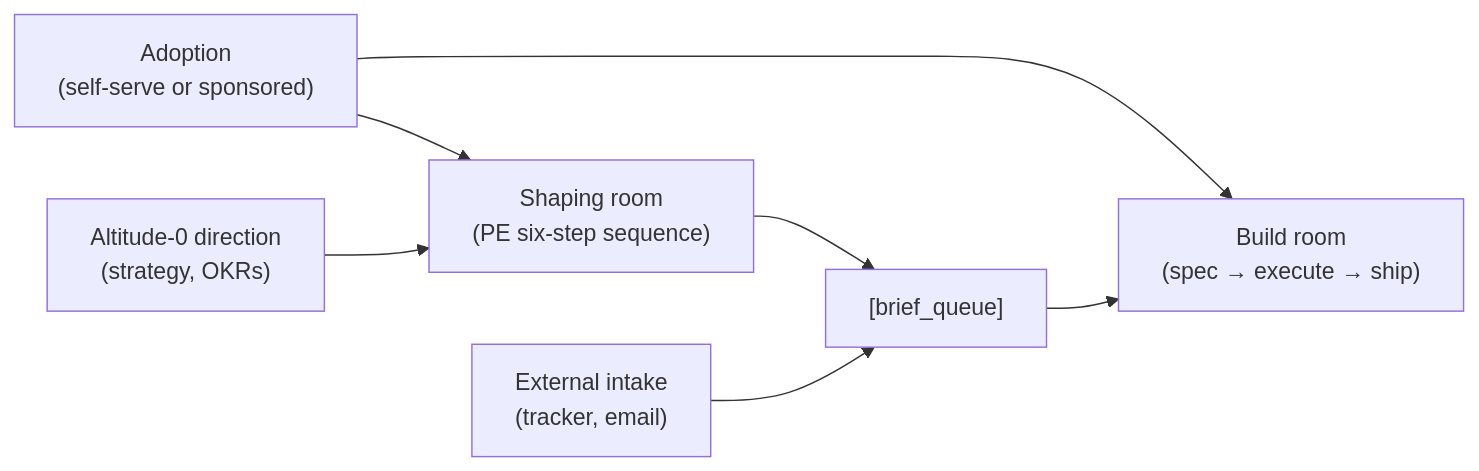
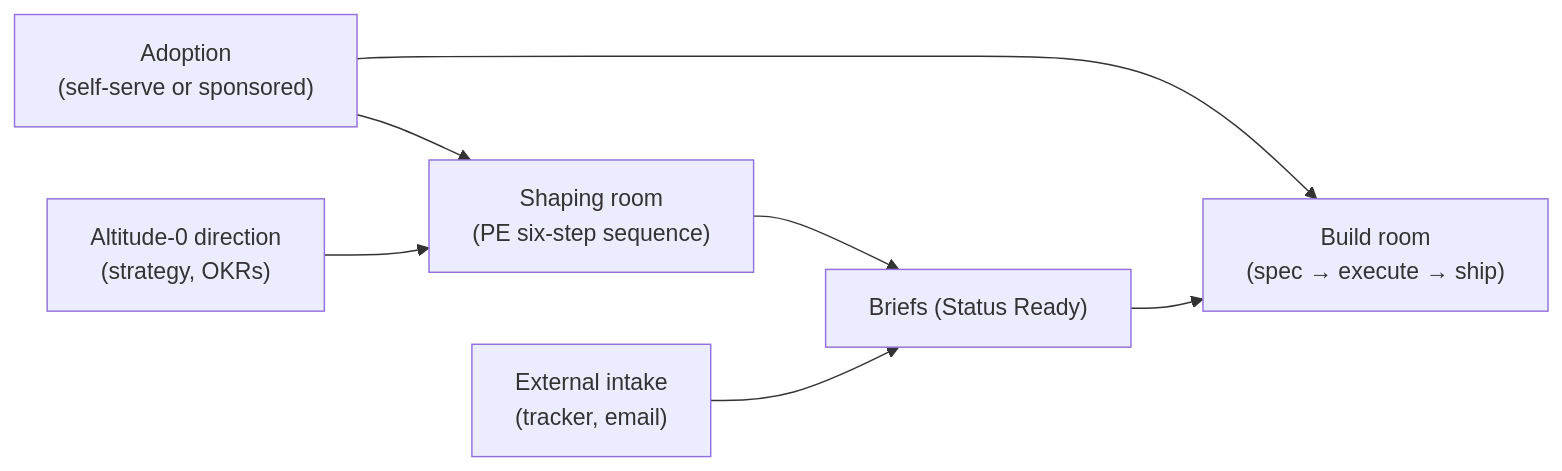
One commit to eugenelim/agent-ready-repo changed the first of 2 diagrams in docs/product/journeys/README.md. Above: the diagram before and after it, drawn with Mermaid. The commit also changed other lines of this file and 213 other files, not shown here.

````diff
--- a/docs/product/journeys/README.md
+++ b/docs/product/journeys/README.md
@@ -9,16 +9,16 @@
 ```mermaid
 flowchart LR
     adopt["Adoption\n(self-serve or sponsored)"]
     alt0["Altitude-0 direction\n(strategy, OKRs)"]
     shape["Shaping room\n(PE six-step sequence)"]
     ext["External intake\n(tracker, email)"]
-    bq["[brief_queue]"]
+    bq["Briefs (Status Ready)"]
     build["Build room\n(spec → execute → ship)"]
 
     adopt --> shape
     adopt --> build
     alt0 --> shape
     shape --> bq
     ext --> bq
     bq --> build
 ```
````
